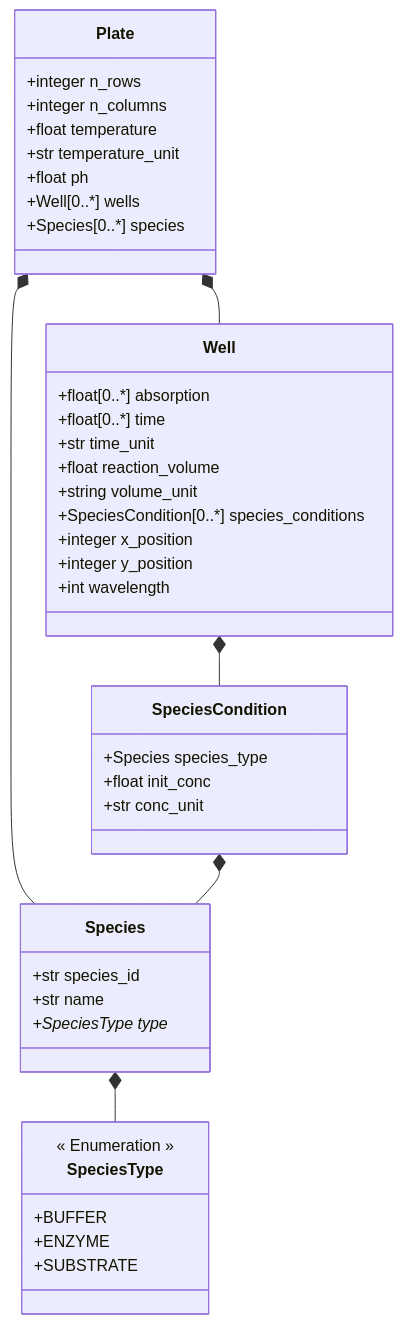
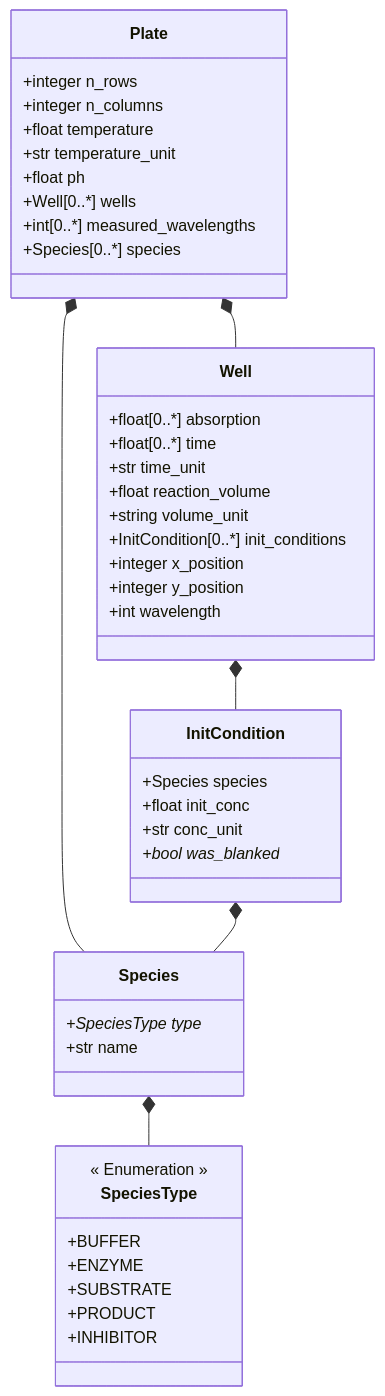
Before and after one commit to haeussma/MTPHandler: the diagram in PlateHandler/schemes/platehandler_schema.md, drawn with Mermaid. The commit also changed 10 other files, not shown here.

````diff
--- a/PlateHandler/schemes/platehandler_schema.md
+++ b/PlateHandler/schemes/platehandler_schema.md
@@ -1,50 +1,53 @@
 ```mermaid
 classDiagram
     Plate *-- Well
     Plate *-- Species
-    Well *-- SpeciesCondition
+    Well *-- InitCondition
     Species *-- SpeciesType
-    SpeciesCondition *-- Species
+    InitCondition *-- Species
     
     class Plate {
         +integer n_rows
         +integer n_columns
         +float temperature
         +str temperature_unit
         +float ph
         +Well[0..*] wells
+        +int[0..*] measured_wavelengths
         +Species[0..*] species
     }
     
     class Well {
         +float[0..*] absorption
         +float[0..*] time
         +str time_unit
         +float reaction_volume
         +string volume_unit
-        +SpeciesCondition[0..*] species_conditions
+        +InitCondition[0..*] init_conditions
         +integer x_position
         +integer y_position
         +int wavelength
     }
     
     class Species {
-        +str species_id
+        +SpeciesType type*
         +str name
-        +SpeciesType type*
     }
     
-    class SpeciesCondition {
-        +Species species_type
+    class InitCondition {
+        +Species species
         +float init_conc
         +str conc_unit
+        +bool was_blanked*
     }
     
     class SpeciesType {
         << Enumeration >>
         +BUFFER
         +ENZYME
         +SUBSTRATE
+        +PRODUCT
+        +INHIBITOR
     }
     
 ```
````
